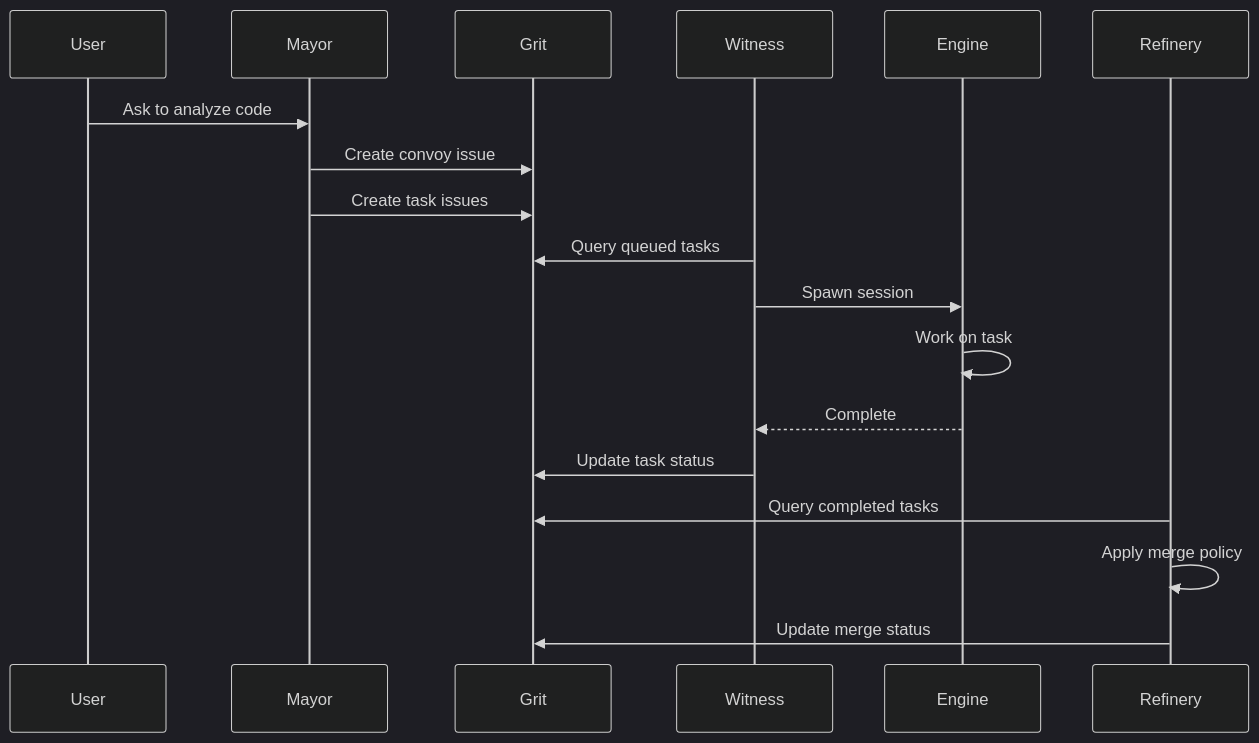
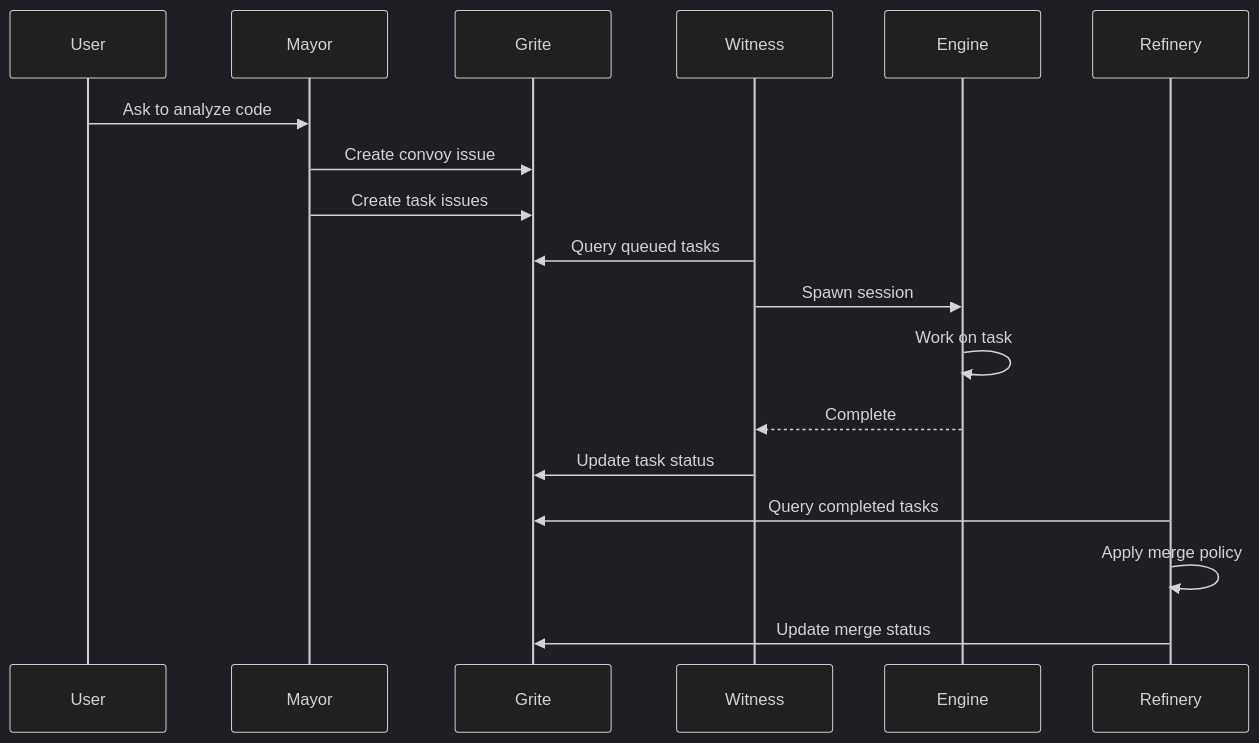
Before and after one commit to Azizultra32/brat: the diagram in documentation/docs/concepts/architecture.md, drawn with Mermaid (dark theme). The commit also changed other lines of this file and 100 other files, not shown here.

````diff
--- a/documentation/docs/concepts/architecture.md
+++ b/documentation/docs/concepts/architecture.md
@@ -77,23 +77,23 @@
 ```mermaid
 sequenceDiagram
     participant User
     participant Mayor
-    participant Grit
+    participant Grite
     participant Witness
     participant Engine
     participant Refinery
 
     User->>Mayor: Ask to analyze code
-    Mayor->>Grit: Create convoy issue
-    Mayor->>Grit: Create task issues
+    Mayor->>Grite: Create convoy issue
+    Mayor->>Grite: Create task issues
 
-    Witness->>Grit: Query queued tasks
+    Witness->>Grite: Query queued tasks
     Witness->>Engine: Spawn session
     Engine->>Engine: Work on task
     Engine-->>Witness: Complete
-    Witness->>Grit: Update task status
+    Witness->>Grite: Update task status
 
-    Refinery->>Grit: Query completed tasks
+    Refinery->>Grite: Query completed tasks
     Refinery->>Refinery: Apply merge policy
-    Refinery->>Grit: Update merge status
+    Refinery->>Grite: Update merge status
 ```
````
